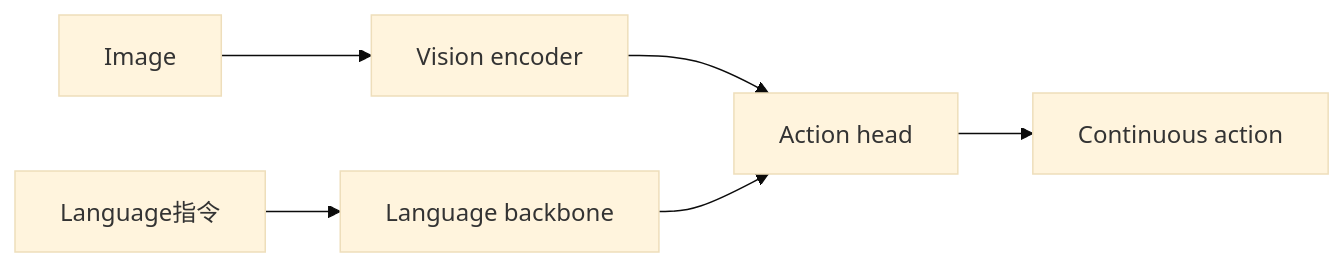
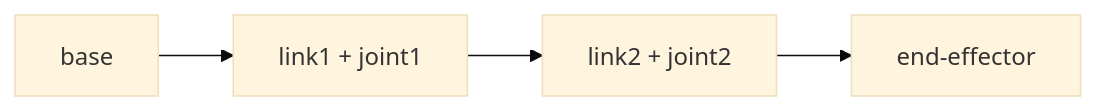
One commit to zizhengwang2026/Embodied-Intelligence-Learning changed the diagram in study-log/2026-08-25-Advanced-Imitation-Learning-and-Generative-Policies-en.md. Above: the diagram before and after it, drawn with Mermaid (base theme). The commit also changed other lines of this file, not shown here.

Commit message:
Rewrite Day 12 en per plan: 051-053 forward kinematics (no military, DEA as cross-link)

````diff
--- a/study-log/2026-08-25-Advanced-Imitation-Learning-and-Generative-Policies-en.md
+++ b/study-log/2026-08-25-Advanced-Imitation-Learning-and-Generative-Policies-en.md
@@ -110,8 +43,6 @@
 ```mermaid
 flowchart LR
-    IMG[Image] --> VE[Vision encoder]
-    TXT[Language指令] --> LG[Language backbone]
-    VE --> AH[Action head]
-    LG --> AH
-    AH --> ACT[Continuous action]
+    BASE[base] --> L1[link1 + joint1]
+    L1 --> L2[link2 + joint2]
+    L2 --> EE[end-effector]
 ```
````
